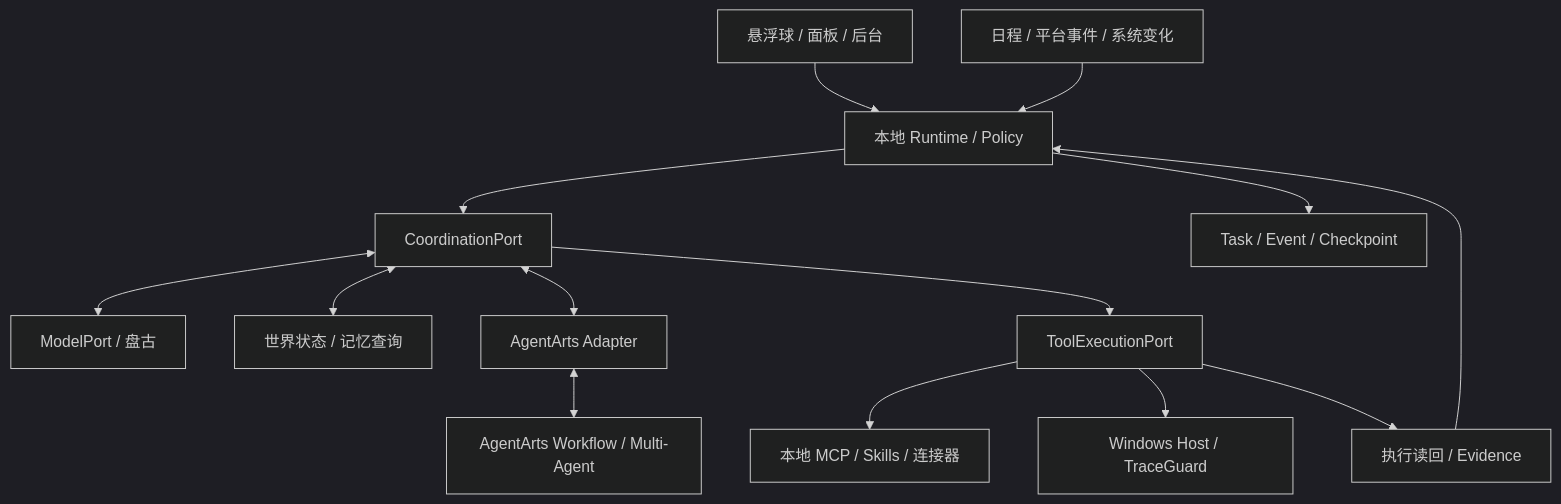
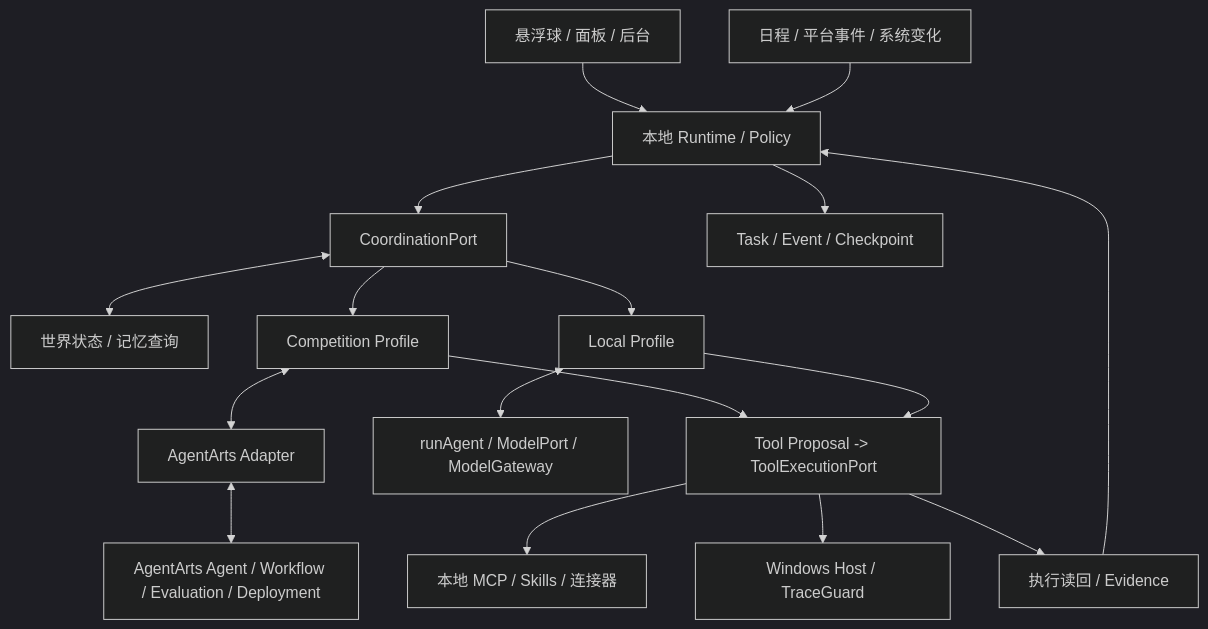
One commit to zemeng5208/PersonalAgent changed the diagram in docs/ARCHITECTURE.md. Above: the diagram before and after it, drawn with Mermaid (dark theme). The commit also changed other lines of this file and 40 other files, not shown here.

Commit message:
docs(competition): prioritize AgentArts profile

````diff
--- a/docs/ARCHITECTURE.md
+++ b/docs/ARCHITECTURE.md
@@ -45,16 +54,19 @@
 ```mermaid
 flowchart TD
   UI[悬浮球 / 面板 / 后台] --> R[本地 Runtime / Policy]
   E[日程 / 平台事件 / 系统变化] --> R
   R --> Q[CoordinationPort]
-  Q <--> M[ModelPort / 盘古]
   Q <--> K[世界状态 / 记忆查询]
-  Q <--> AA[AgentArts Adapter]
-  AA <--> CLOUD[AgentArts Workflow / Multi-Agent]
-  Q --> G[ToolExecutionPort]
+  Q --> CP[Competition Profile]
+  CP <--> AA[AgentArts Adapter]
+  AA <--> CLOUD[AgentArts Agent / Workflow / Evaluation / Deployment]
+  Q --> LP[Local Profile]
+  LP <--> M[runAgent / ModelPort / ModelGateway]
+  CP --> G[Tool Proposal -> ToolExecutionPort]
+  LP --> G
   G --> C[本地 MCP / Skills / 连接器]
   G --> W[Windows Host / TraceGuard]
   G --> V[执行读回 / Evidence]
   V --> R
   R --> S[Task / Event / Checkpoint]
 ```
````
